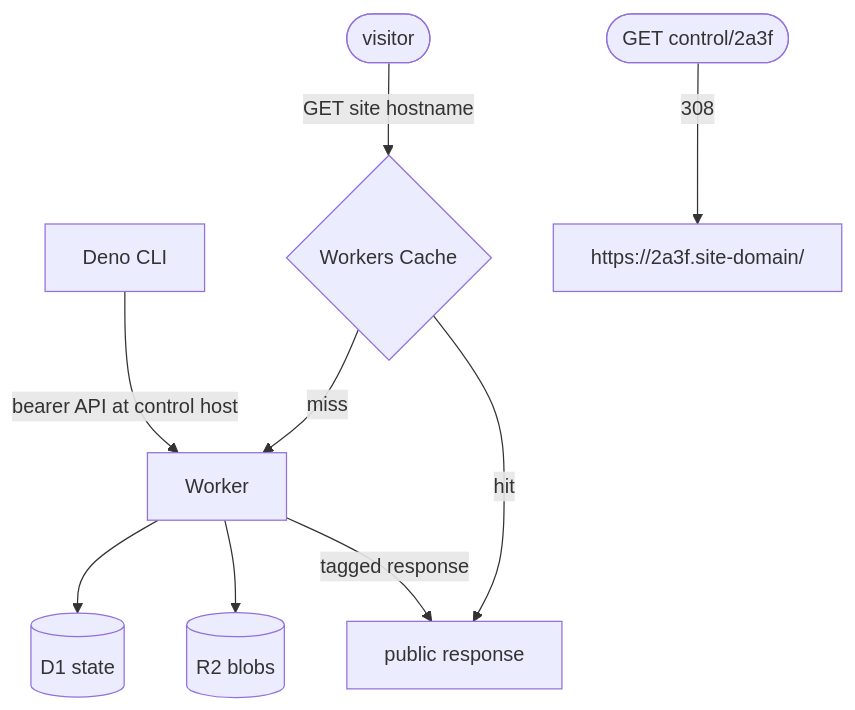
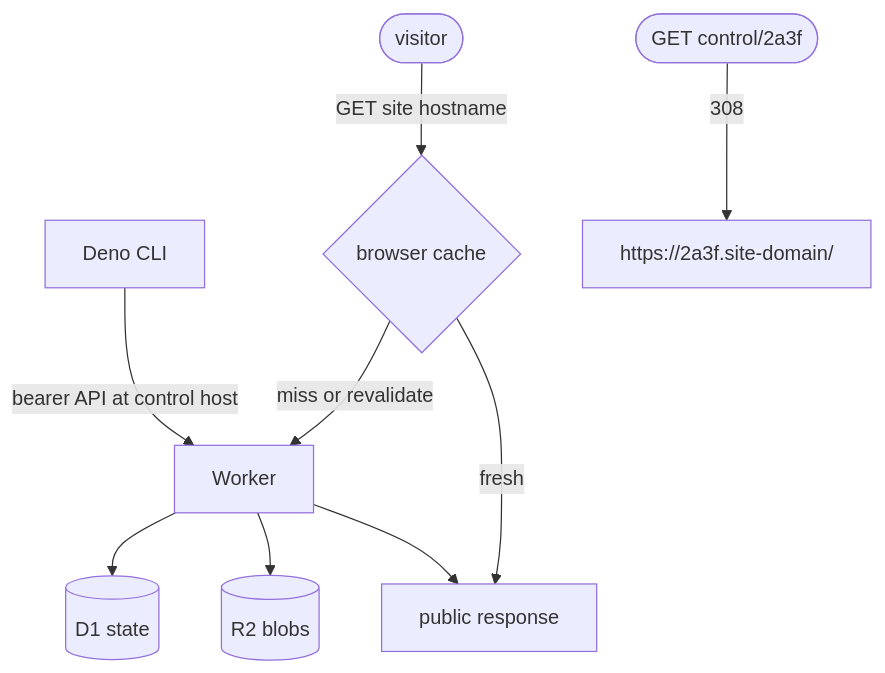
The first of 4 diagrams in ARCHITECTURE.md (FelineStateMachine/nzip), drawn with Mermaid before and after one commit. The commit also changed other lines of this file and 4 other files, not shown here.

````diff
--- a/ARCHITECTURE.md
+++ b/ARCHITECTURE.md
@@ -9,11 +9,11 @@
 ```mermaid
 flowchart TB
     CLI["Deno CLI"] -- "bearer API at control host" --> W["Worker"]
     SHORT(["GET control/2a3f"]) -- "308" --> SITE["https://2a3f.site-domain/"]
-    V(["visitor"]) -- "GET site hostname" --> C{"Workers Cache"}
-    C -- "hit" --> RESP["public response"]
-    C -- "miss" --> W
-    W -- "tagged response" --> RESP
+    V(["visitor"]) -- "GET site hostname" --> C{"browser cache"}
+    C -- "fresh" --> RESP["public response"]
+    C -- "miss or revalidate" --> W
+    W --> RESP
     W --> R2[("R2 blobs")]
     W --> D1[("D1 state")]
 ```
````
